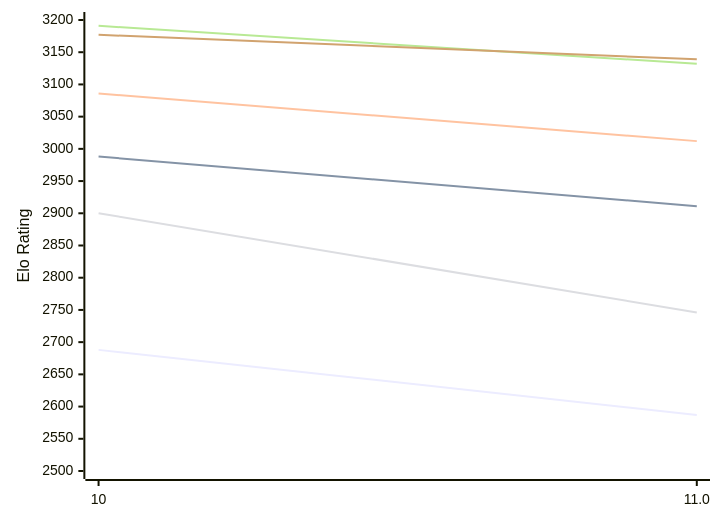
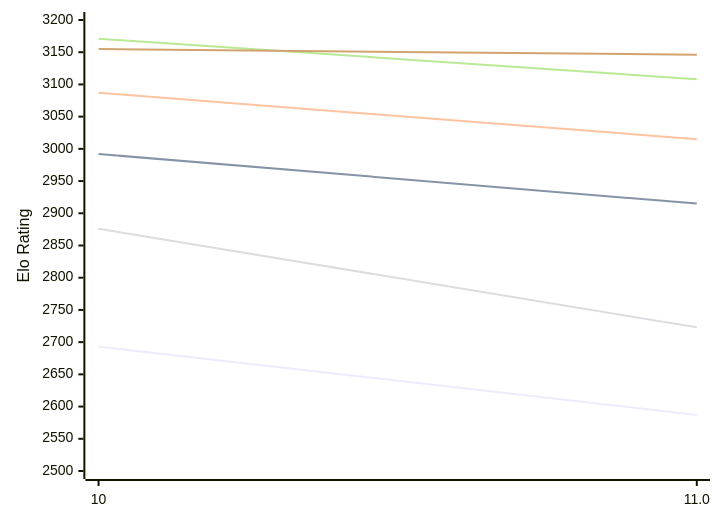
The first of 2 diagrams in engines/Lozza.md (computer-chess-index/cci), drawn with Mermaid before and after one commit. The commit also changed other lines of this file, not shown here.

Commit message:
Update CCI Ratings (ELO VLTC) - 2026-10-18

````diff
--- a/engines/Lozza.md
+++ b/engines/Lozza.md
@@ -51,12 +51,12 @@
 ```mermaid
 %%{init: {"theme":"base","themeVariables":{"seriesColors:['#a3a3a3','#222221','#faa371']}}}%%
 xychart-beta
   x-axis ["10", "11.0"]
   y-axis "Elo Rating" 2500 --> 3200
-  line "E1: STC (8.0+0.08s)" [2688, 2587]
-  line "E1: LTC (60.0+0.60s)" [2988, 2911]
-  line "E1: VLTC (2m24s+1.12s)" [3086, 3012]
-  line "P1: STC (8.0+0.08s)" [2900, 2746]
-  line "P1: LTC (60.0+0.60s)" [3191, 3132]
-  line "P1: VLTC (2m24s+1.12s)" [3177, 3139]
+  line "E1: STC (8.0+0.08s)" [2693, 2587]
+  line "E1: LTC (60.0+0.60s)" [2992, 2915]
+  line "E1: VLTC (2m24s+1.12s)" [3087, 3015]
+  line "P1: STC (8.0+0.08s)" [2876, 2723]
+  line "P1: LTC (60.0+0.60s)" [3171, 3108]
+  line "P1: VLTC (2m24s+1.12s)" [3155, 3146]
 ```
````
